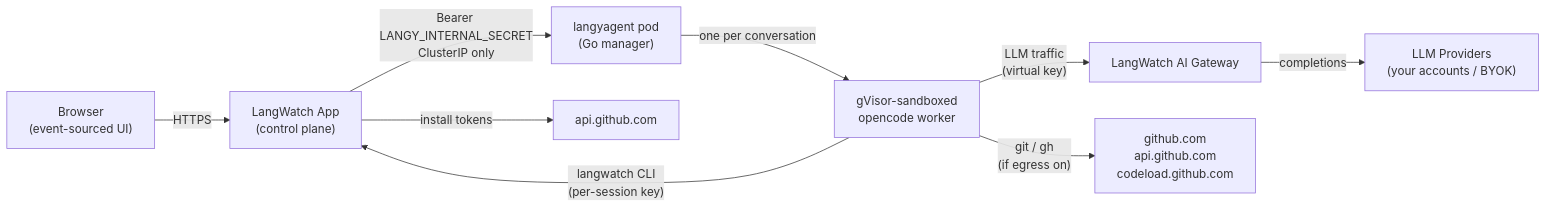
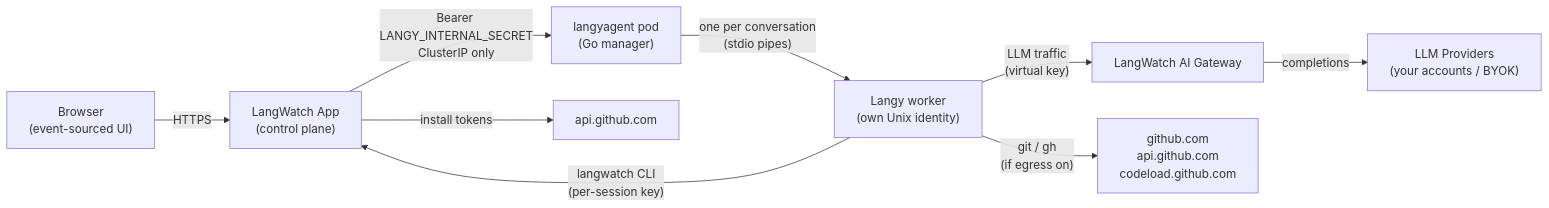
One commit to langwatch/langwatch changed the diagram in docs/self-hosting/langy/overview.mdx. Above: the diagram before and after it, drawn with Mermaid. The commit also changed other lines of this file and 38 other files, not shown here.

````diff
--- a/docs/self-hosting/langy/overview.mdx
+++ b/docs/self-hosting/langy/overview.mdx
@@ -57,11 +57,11 @@
 ```mermaid
 graph LR
     Browser["Browser<br/>(event-sourced UI)"] -->|"HTTPS"| App["LangWatch App<br/>(control plane)"]
     App -->|"Bearer LANGY_INTERNAL_SECRET<br/>ClusterIP only"| Agent["langyagent pod<br/>(Go manager)"]
-    Agent -->|"one per conversation"| Worker["gVisor-sandboxed<br/>opencode worker"]
+    Agent -->|"one per conversation<br/>(stdio pipes)"| Worker["Langy worker<br/>(own Unix identity)"]
     Worker -->|"langwatch CLI<br/>(per-session key)"| App
     Worker -->|"LLM traffic<br/>(virtual key)"| Gateway["LangWatch AI Gateway"]
     Gateway -->|"completions"| Providers["LLM Providers<br/>(your accounts / BYOK)"]
     Worker -->|"git / gh<br/>(if egress on)"| GitHub["github.com<br/>api.github.com<br/>codeload.github.com"]
     App -->|"install tokens"| GitHubAPI["api.github.com"]
 ```
````
